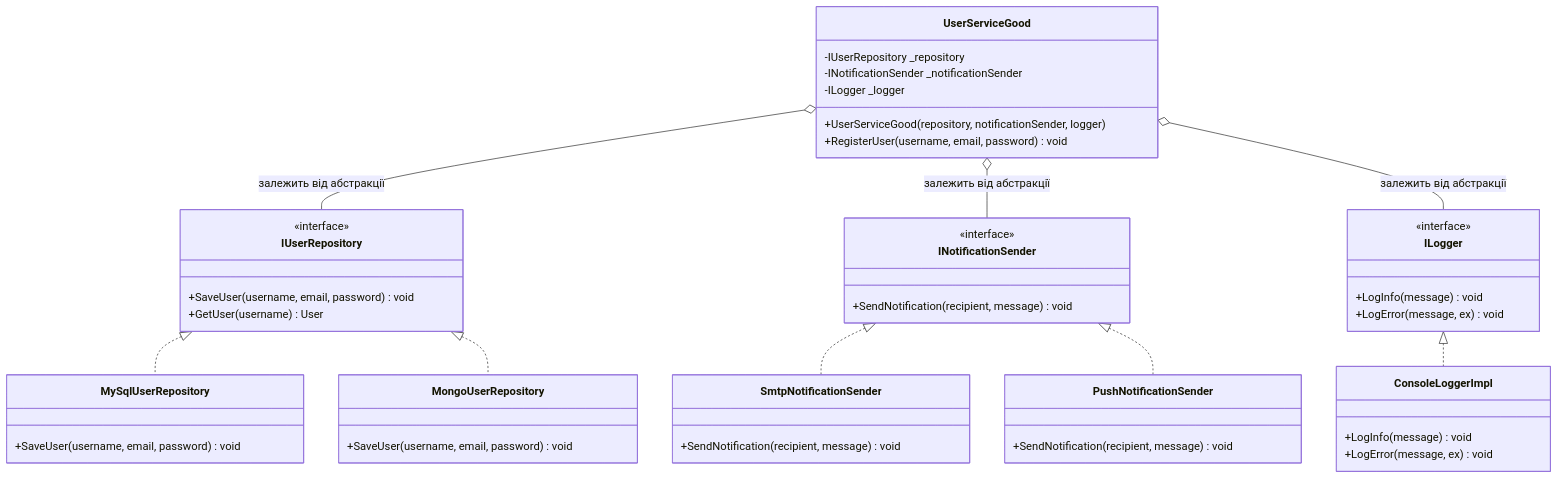
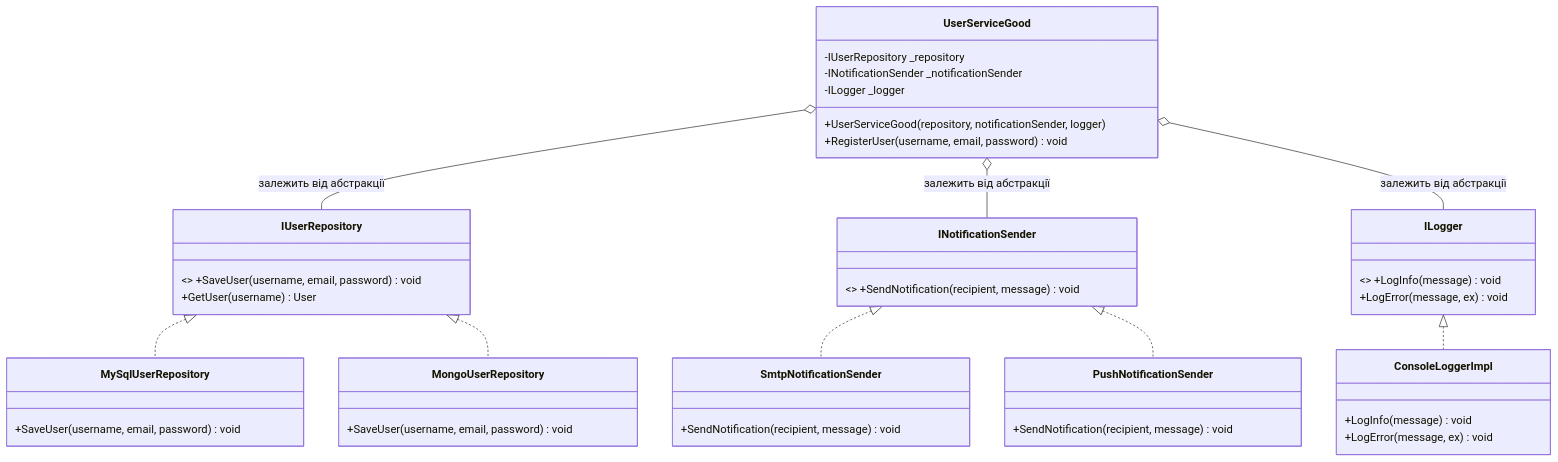
The second of 3 diagrams in 08-Architecture-And-Patterns/01-SOLID-Principles/OOP - SOLID/Docs/05_Dependency_Inversion_Principle.md (MrTomkaYurii/CSharp-OOP-Mastery), drawn with Mermaid before and after one commit. The commit also changed other lines of this file and 246 other files, not shown here.

Commit message:
feat(architecture): restructure 08 around SOLID, Generic Host (Config & Logging), DI, AutoMapper, Spectre.Console and 3-tier EF Core app

````diff
--- a/08-Architecture-And-Patterns/01-SOLID-Principles/OOP - SOLID/Docs/05_Dependency_Inversion_Principle.md
+++ b/08-Architecture-And-Patterns/01-SOLID-Principles/OOP - SOLID/Docs/05_Dependency_Inversion_Principle.md
@@ -241,60 +241,57 @@
 ```mermaid
 classDiagram
     class IUserRepository {
-        <<interface>>
-        +SaveUser(username, email, password) void
+        <<interface>> +SaveUser(username, email, password) void
         +GetUser(username) User
     }
 
     class INotificationSender {
-        <<interface>>
-        +SendNotification(recipient, message) void
+        <<interface>> +SendNotification(recipient, message) void
     }
 
     class ILogger {
-        <<interface>>
-        +LogInfo(message) void
+        <<interface>> +LogInfo(message) void
         +LogError(message, ex) void
     }
 
     class MySqlUserRepository {
         +SaveUser(username, email, password) void
     }
 
     class MongoUserRepository {
         +SaveUser(username, email, password) void
     }
 
     class SmtpNotificationSender {
         +SendNotification(recipient, message) void
     }
 
     class PushNotificationSender {
         +SendNotification(recipient, message) void
     }
 
     class ConsoleLoggerImpl {
         +LogInfo(message) void
         +LogError(message, ex) void
     }
 
     class UserServiceGood {
         -IUserRepository _repository
         -INotificationSender _notificationSender
         -ILogger _logger
         +UserServiceGood(repository, notificationSender, logger)
         +RegisterUser(username, email, password) void
     }
 
     IUserRepository <|.. MySqlUserRepository
     IUserRepository <|.. MongoUserRepository
 
     INotificationSender <|.. SmtpNotificationSender
     INotificationSender <|.. PushNotificationSender
 
     ILogger <|.. ConsoleLoggerImpl
 
     UserServiceGood o-- IUserRepository : залежить від абстракції
     UserServiceGood o-- INotificationSender : залежить від абстракції
     UserServiceGood o-- ILogger : залежить від абстракції
 ```
````
